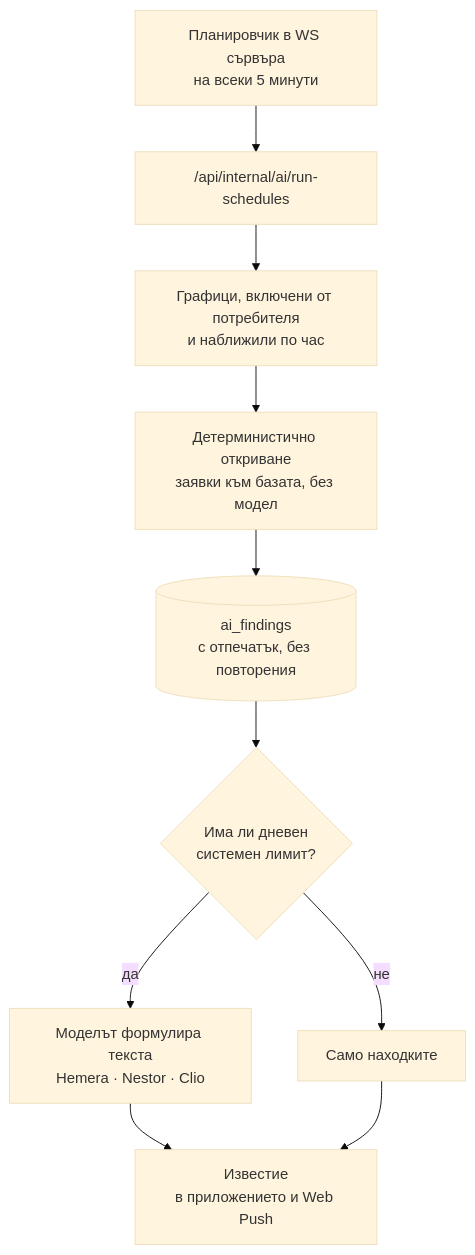
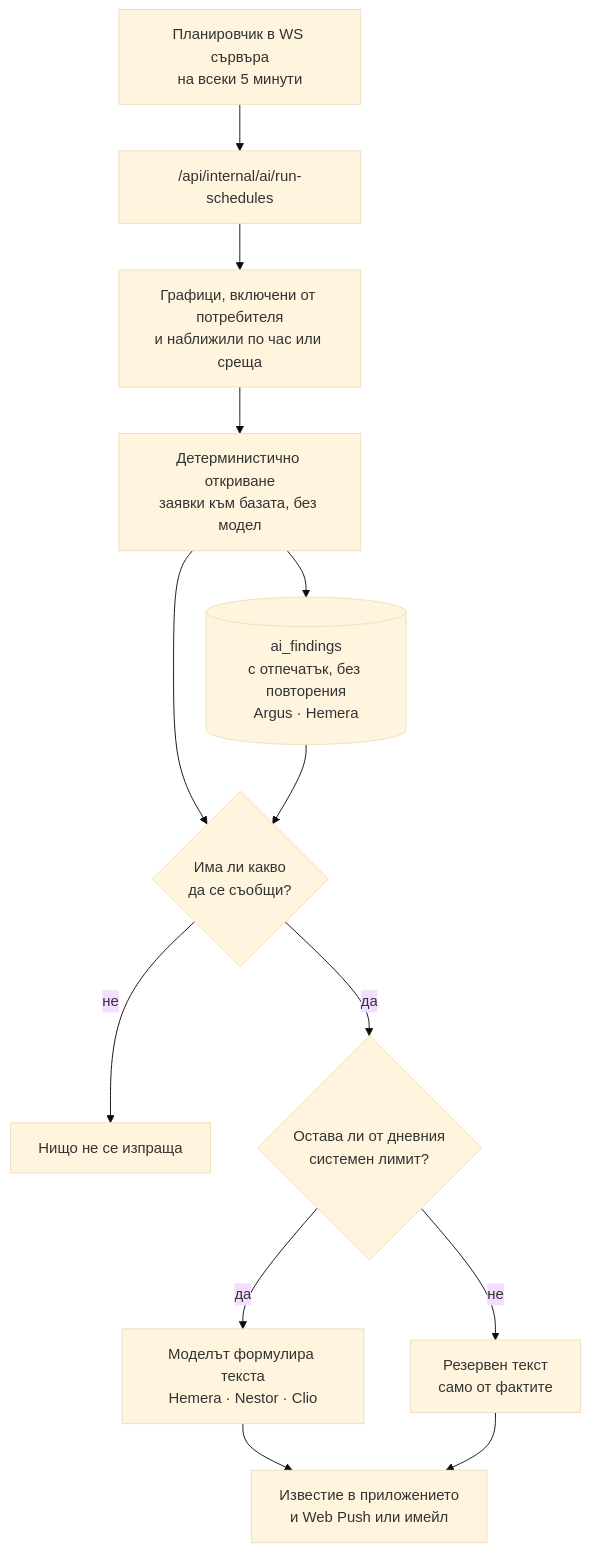
Before and after one commit to tuncheva/KAIROS: the tenth of 19 diagrams in docs/diploma/diagrams/GALLERY.md, drawn with Mermaid (base theme). The commit also changed other lines of this file and 68 other files, not shown here.

First line of the commit message:
fix(thesis): replace Word-drawn figures; apply approved diagram changes

````diff
--- a/docs/diploma/diagrams/GALLERY.md
+++ b/docs/diploma/diagrams/GALLERY.md
@@ -302,13 +309,16 @@
 ```mermaid
 %% Фигура 10 – Поток на планираните агенти
 flowchart TB
   tick["Планировчик в WS сървъра<br>на всеки 5 минути"] --> ep["/api/internal/ai/run-schedules"]
-  ep --> due["Графици, включени от потребителя<br>и наближили по час"]
+  ep --> due["Графици, включени от потребителя<br>и наближили по час или среща"]
   due --> det["Детерминистично откриване<br>заявки към базата, без модел"]
-  det --> fnd[("ai_findings<br>с отпечатък, без повторения")]
-  fnd --> lim{"Има ли дневен<br>системен лимит?"}
+  det --> fnd[("ai_findings<br>с отпечатък, без повторения<br>Argus · Hemera")]
+  det --> empty{"Има ли какво<br>да се съобщи?"}
+  fnd --> empty
+  empty -->|"не"| quiet["Нищо не се изпраща"]
+  empty -->|"да"| lim{"Остава ли от дневния<br>системен лимит?"}
   lim -->|"да"| llm["Моделът формулира текста<br>Hemera · Nestor · Clio"]
-  lim -->|"не"| raw["Само находките"]
-  llm --> ntf["Известие<br>в приложението и Web Push"]
+  lim -->|"не"| raw["Резервен текст<br>само от фактите"]
+  llm --> ntf["Известие в приложението<br>и Web Push или имейл"]
   raw --> ntf
 ```
````
